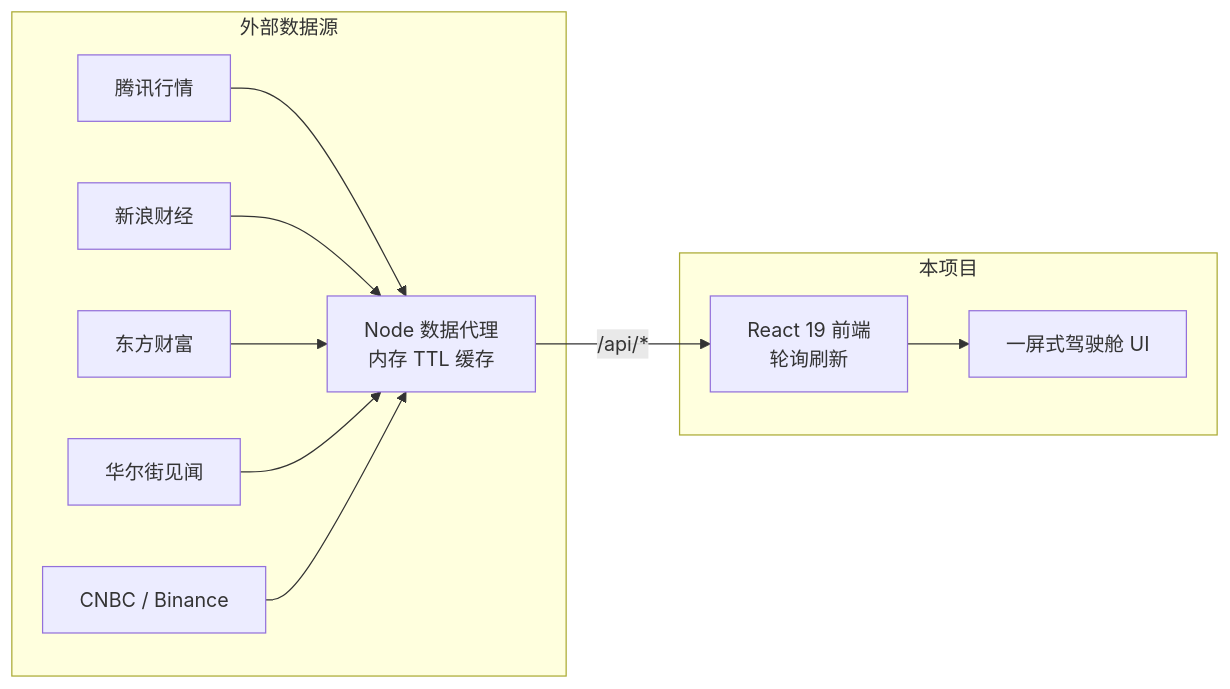
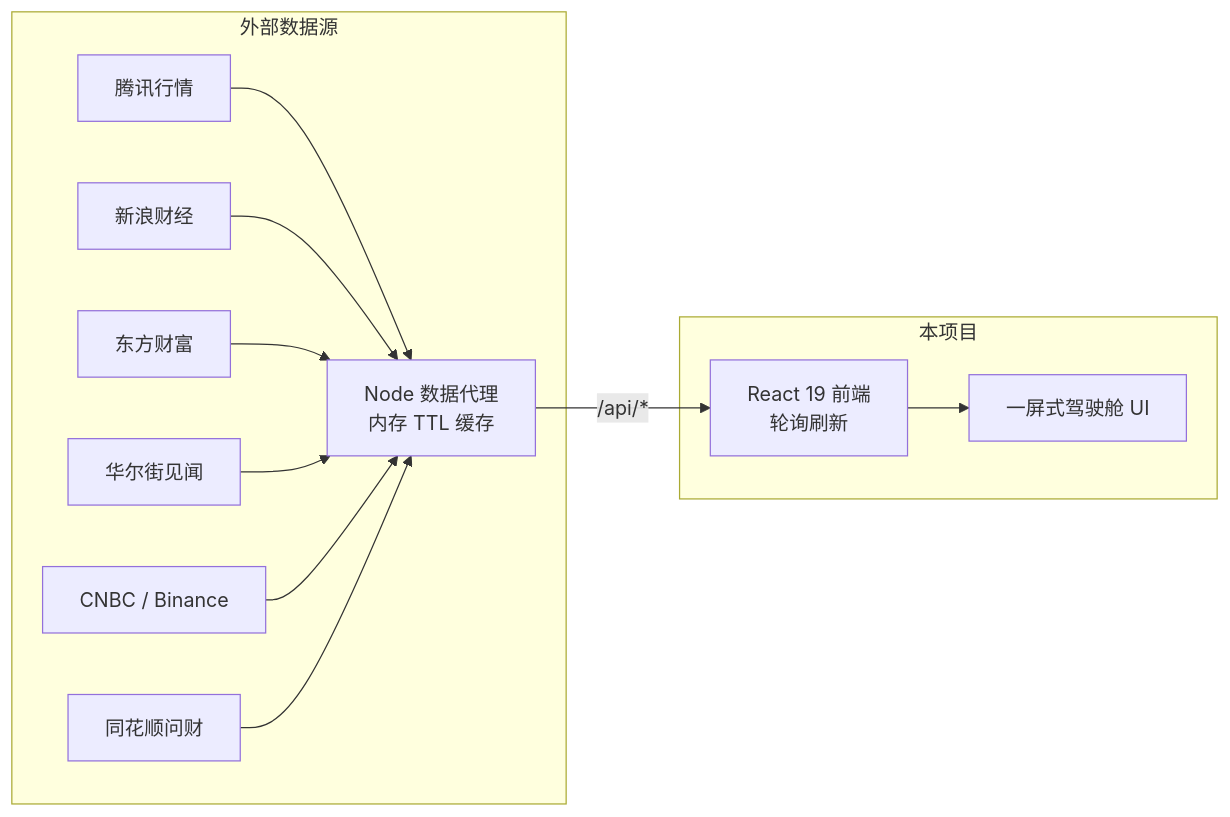
Before and after one commit to theBigGavin/marketingdashboard: the diagram in README.md, drawn with Mermaid. The commit also changed other lines of this file and 11 other files, not shown here.

````diff
--- a/README.md
+++ b/README.md
@@ -36,14 +37,15 @@
 ```mermaid
 flowchart LR
     subgraph 外部数据源
         A[腾讯行情] --> D
         B[新浪财经] --> D
         C1[东方财富] --> D
         C2[华尔街见闻] --> D
         C3[CNBC / Binance] --> D
+        C4[同花顺问财] --> D
     end
     subgraph 本项目
         D["Node 数据代理<br/>内存 TTL 缓存"] -->|"/api/*"| E["React 19 前端<br/>轮询刷新"]
         E --> F[一屏式驾驶舱 UI]
     end
 ```
````
